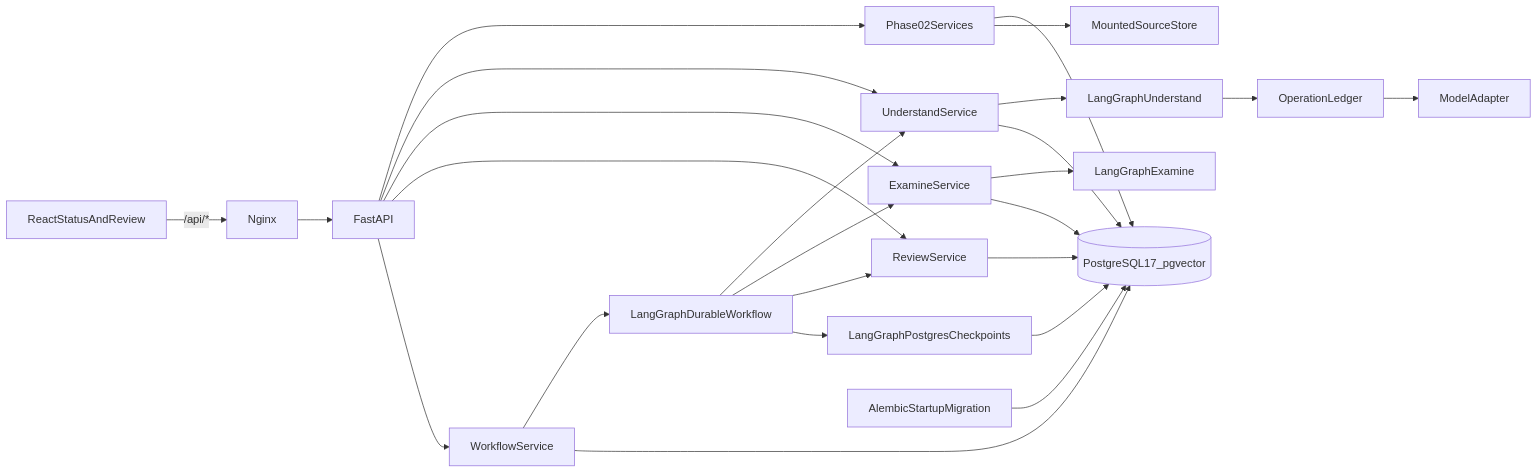
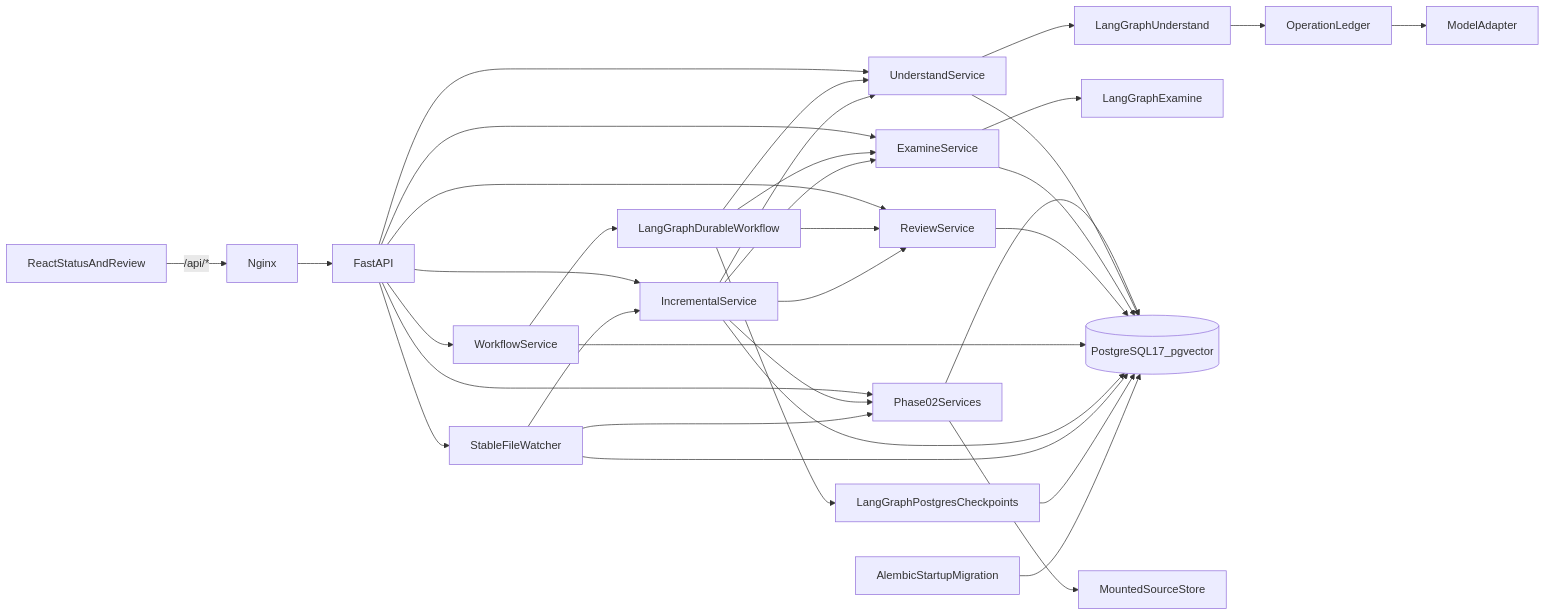
The first of 6 diagrams in docs/architecture.md (Rahul9214/doctask-rahul-ranjan), drawn with Mermaid before and after one commit. The commit also changed other lines of this file and 34 other files, not shown here.

Commit message:
feat: add focused incremental updates and watcher

````diff
--- a/docs/architecture.md
+++ b/docs/architecture.md
@@ -62,27 +62,37 @@
 ```mermaid
 flowchart LR
     Browser[ReactStatusAndReview] -->|/api/*| Nginx[Nginx]
     Nginx --> API[FastAPI]
     API --> P2[Phase02Services]
     API --> P3[UnderstandService]
     API --> P4[ExamineService]
     API --> P5[ReviewService]
     API --> P6[WorkflowService]
+    API --> P7[IncrementalService]
+    API --> Watch[StableFileWatcher]
     P6 --> DurableGraph[LangGraphDurableWorkflow]
     DurableGraph --> P3
     DurableGraph --> P4
     DurableGraph --> P5
+    P7 --> P2
+    P7 --> P3
+    P7 --> P4
+    P7 --> P5
+    Watch --> P2
+    Watch --> P7
     P3 --> Graph[LangGraphUnderstand]
     P4 --> ExamineGraph[LangGraphExamine]
     Graph --> Ledger[OperationLedger]
     Ledger --> Model[ModelAdapter]
     P2 --> DB[(PostgreSQL17_pgvector)]
     P3 --> DB
     P4 --> DB
     P5 --> DB
     P6 --> DB
+    P7 --> DB
+    Watch --> DB
     DurableGraph --> Checkpoints[LangGraphPostgresCheckpoints]
     Checkpoints --> DB
     P2 --> Store[MountedSourceStore]
     Alembic[AlembicStartupMigration] --> DB
 ```
````
